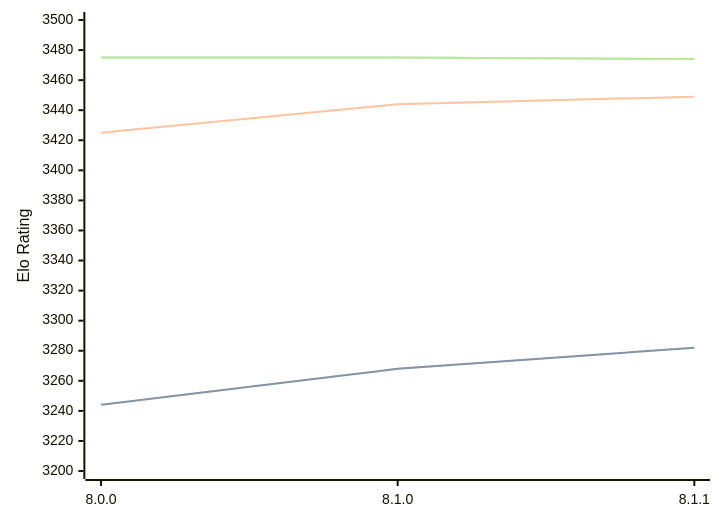
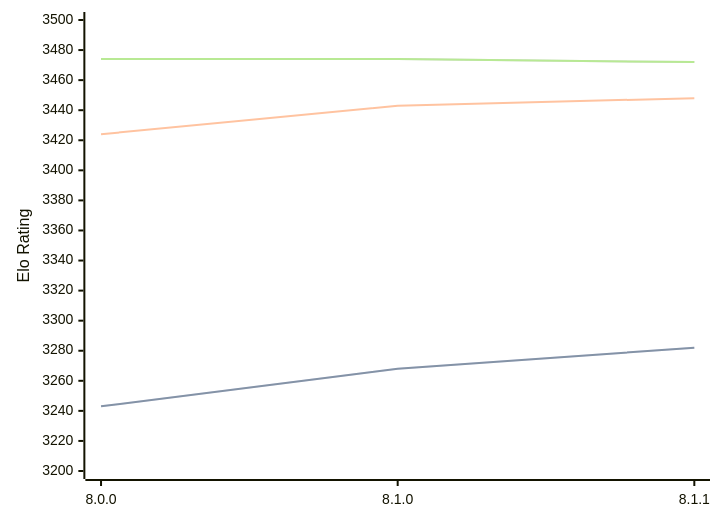
One commit to computer-chess-index/cci changed the diagram in engines/Velvet.md. Above: the diagram before and after it, drawn with Mermaid. The commit also changed other lines of this file, not shown here.

Commit message:
Update CCI Ratings (ELO VLTC) - 2026-09-01

````diff
--- a/engines/Velvet.md
+++ b/engines/Velvet.md
@@ -33,11 +33,11 @@
 ```mermaid
 %%{init: {"theme":"base","themeVariables":{"seriesColors:['#a3a3a3','#222221','#faa371']}}}%%
 xychart-beta
   x-axis ["8.0.0", "8.1.0", "8.1.1"]
   y-axis "Elo Rating" 3200 --> 3500
-  line "" [3244, 3268, 3282]
-  line "STC (8.0+0.08s)" [3244, 3268, 3282]
-  line "LTC (60.0+0.60s)" [3425, 3444, 3449]
-  line "" [3475, 3475, 3474]
-  line "VLTC (2m24s+1.12s)" [3475, 3475, 3474]
+  line "" [3243, 3268, 3282]
+  line "STC (8.0+0.08s)" [3243, 3268, 3282]
+  line "LTC (60.0+0.60s)" [3424, 3443, 3448]
+  line "" [3474, 3474, 3472]
+  line "VLTC (2m24s+1.12s)" [3474, 3474, 3472]
 ```
````
